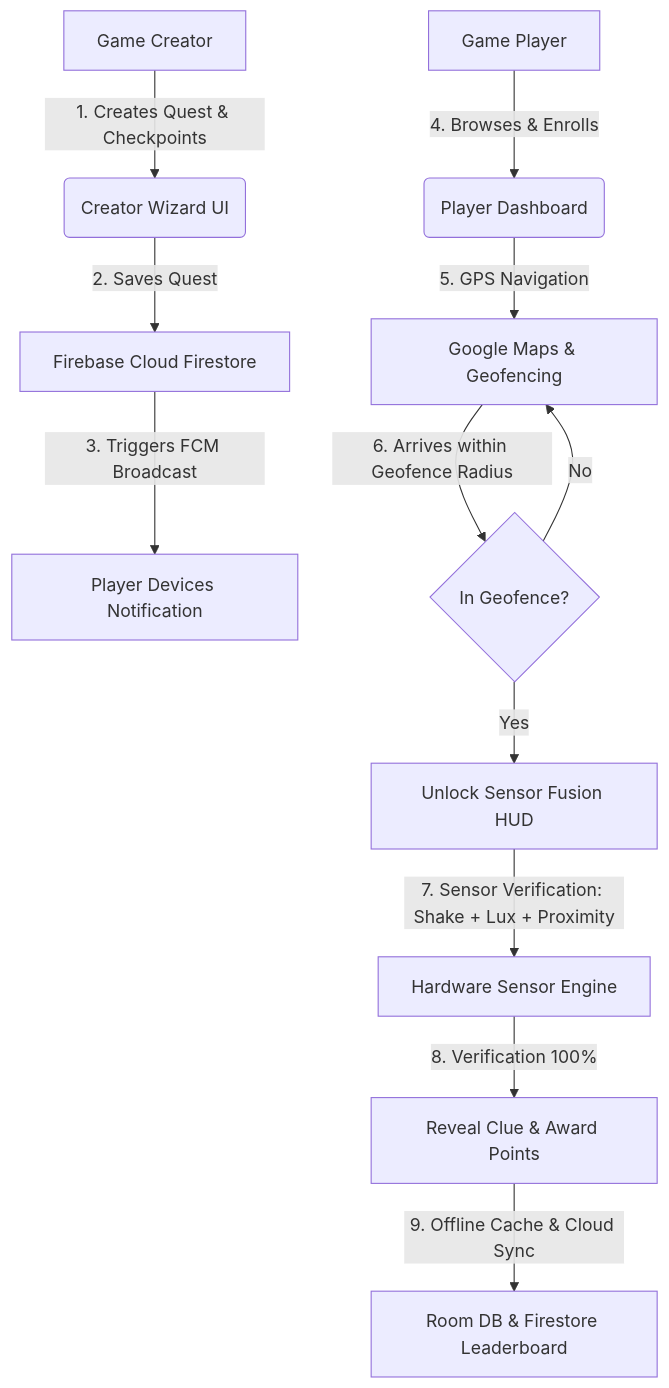
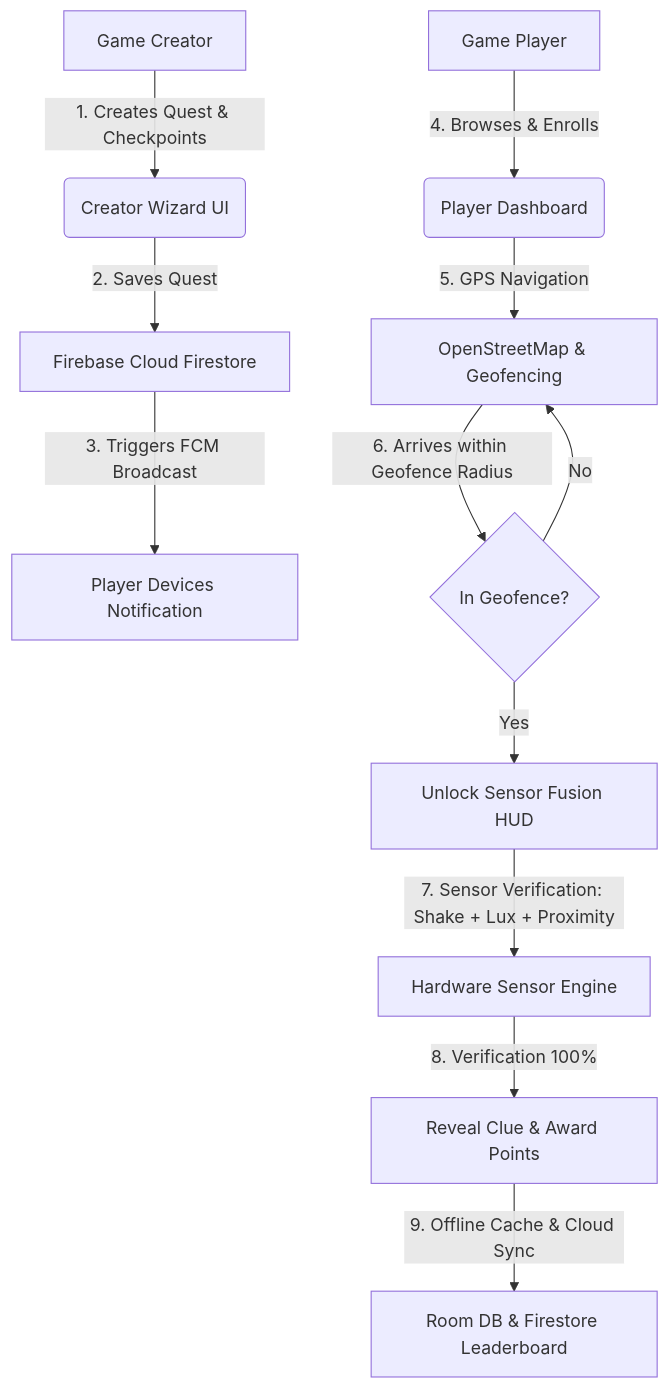
The diagram in README.md (Rajithan-Pathmanathan/campus-quest), drawn with Mermaid before and after one commit. The commit also changed other lines of this file and 11 other files, not shown here.

First line of the commit message:
feat(m3): OpenStreetMap campus map instead of Google Maps

````diff
--- a/README.md
+++ b/README.md
@@ -135,16 +135,16 @@
 ```mermaid
 graph TD
     A[Game Creator] -->|1. Creates Quest & Checkpoints| B(Creator Wizard UI)
     B -->|2. Saves Quest| C[Firebase Cloud Firestore]
     C -->|3. Triggers FCM Broadcast| D[Player Devices Notification]
     
     E[Game Player] -->|4. Browses & Enrolls| F(Player Dashboard)
-    F -->|5. GPS Navigation| G[Google Maps & Geofencing]
+    F -->|5. GPS Navigation| G[OpenStreetMap & Geofencing]
     G -->|6. Arrives within Geofence Radius| H{In Geofence?}
     H -->|Yes| I[Unlock Sensor Fusion HUD]
     H -->|No| G
     
     I -->|7. Sensor Verification: Shake + Lux + Proximity| J[Hardware Sensor Engine]
     J -->|8. Verification 100%| K[Reveal Clue & Award Points]
     K -->|9. Offline Cache & Cloud Sync| L[Room DB & Firestore Leaderboard]
 ```
````
